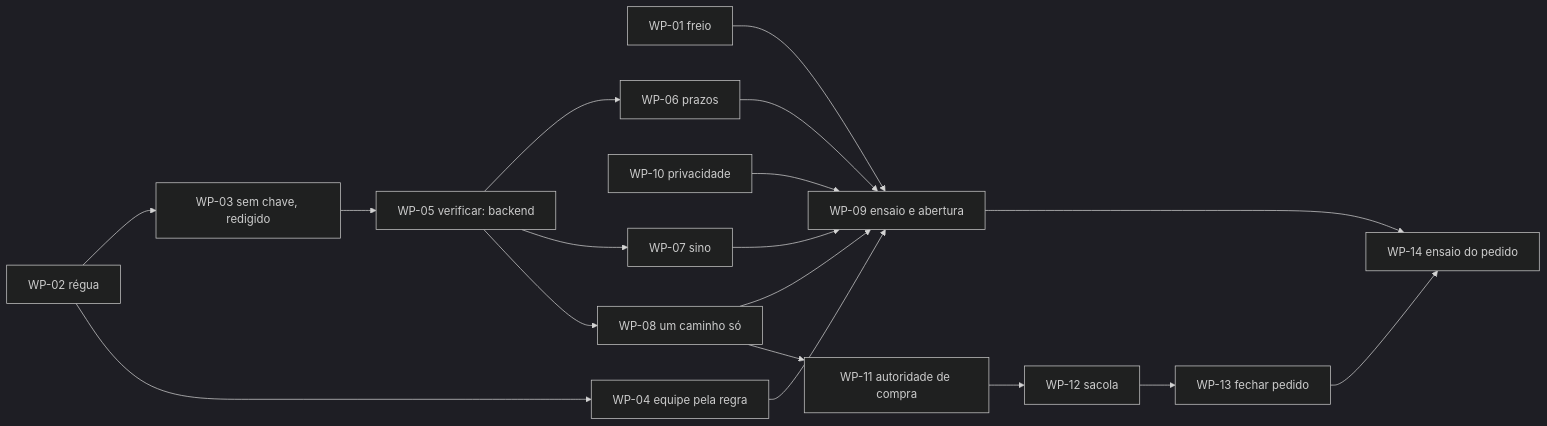
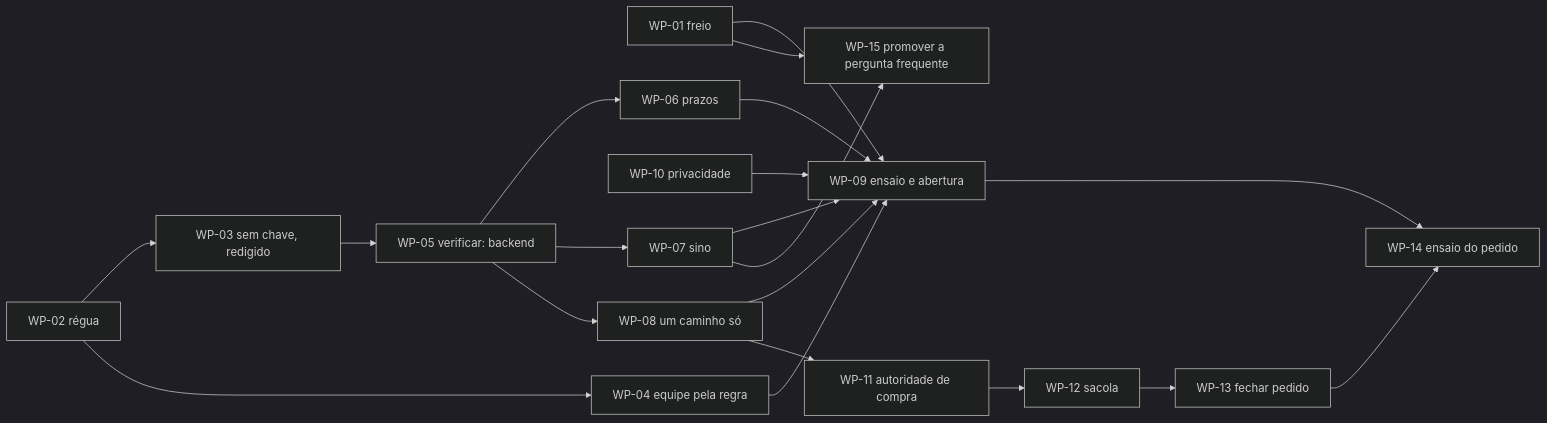
Before and after one commit to nelsonboulangerie/django-shopman: the diagram in docs/plans/CONCIERGE-PLANO-DE-ACAO.md, drawn with Mermaid (dark theme). The commit also changed other lines of this file and 2 other files, not shown here.

First line of the commit message:
docs(concierge): respostas do dono no plano (D-040) e WP-15, promover a pergunta frequente

````diff
--- a/docs/plans/CONCIERGE-PLANO-DE-ACAO.md
+++ b/docs/plans/CONCIERGE-PLANO-DE-ACAO.md
@@ -495,20 +523,22 @@
 ```mermaid
 flowchart LR
   WP01[WP-01 freio] --> WP09
   WP02[WP-02 régua] --> WP03[WP-03 sem chave, redigido]
   WP02 --> WP04[WP-04 equipe pela regra]
   WP10[WP-10 privacidade] --> WP09
   WP03 --> WP05[WP-05 verificar: backend]
   WP04 --> WP09
   WP05 --> WP06[WP-06 prazos]
   WP05 --> WP07[WP-07 sino]
   WP05 --> WP08[WP-08 um caminho só]
   WP06 --> WP09[WP-09 ensaio e abertura]
   WP07 --> WP09
   WP08 --> WP09
   WP08 --> WP11[WP-11 autoridade de compra]
+  WP07 --> WP15[WP-15 promover a pergunta frequente]
+  WP01 --> WP15
   WP11 --> WP12[WP-12 sacola]
   WP12 --> WP13[WP-13 fechar pedido]
   WP13 --> WP14[WP-14 ensaio do pedido]
   WP09 --> WP14
 ```
````
